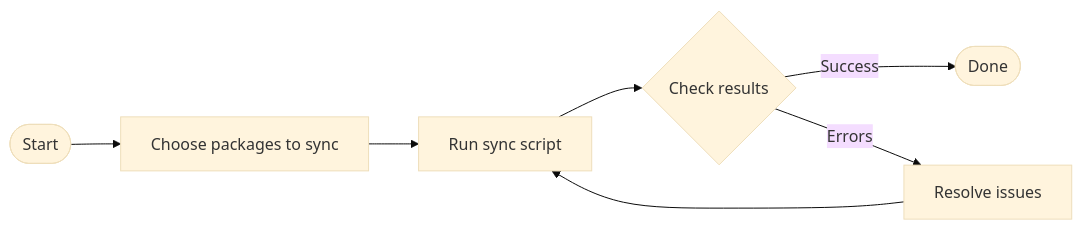
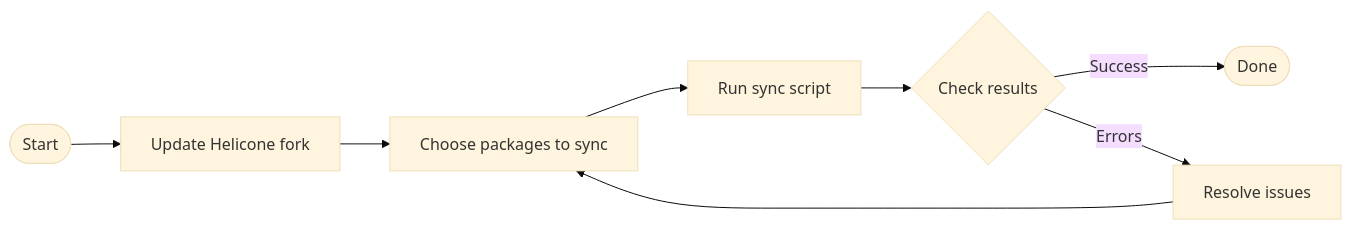
One commit to sparkz-development/helicone changed the diagram in SYNC_README.md. Above: the diagram before and after it, drawn with Mermaid (base theme). The commit also changed other lines of this file, not shown here.

Commit message:
Add crucial information about updating Helicone fork before running sync

````diff
--- a/SYNC_README.md
+++ b/SYNC_README.md
@@ -49,9 +76,10 @@
 ```mermaid
 flowchart LR
-    A([Start]) --> B[Choose packages to sync]
-    B --> C[Run sync script]
-    C --> D{Check results}
-    D -->|Success| E([Done])
-    D -->|Errors| F[Resolve issues]
-    F --> C
+    A([Start]) --> B[Update Helicone fork]
+    B --> C[Choose packages to sync]
+    C --> D[Run sync script]
+    D --> E{Check results}
+    E -->|Success| F([Done])
+    E -->|Errors| G[Resolve issues]
+    G --> C
 ```
````
